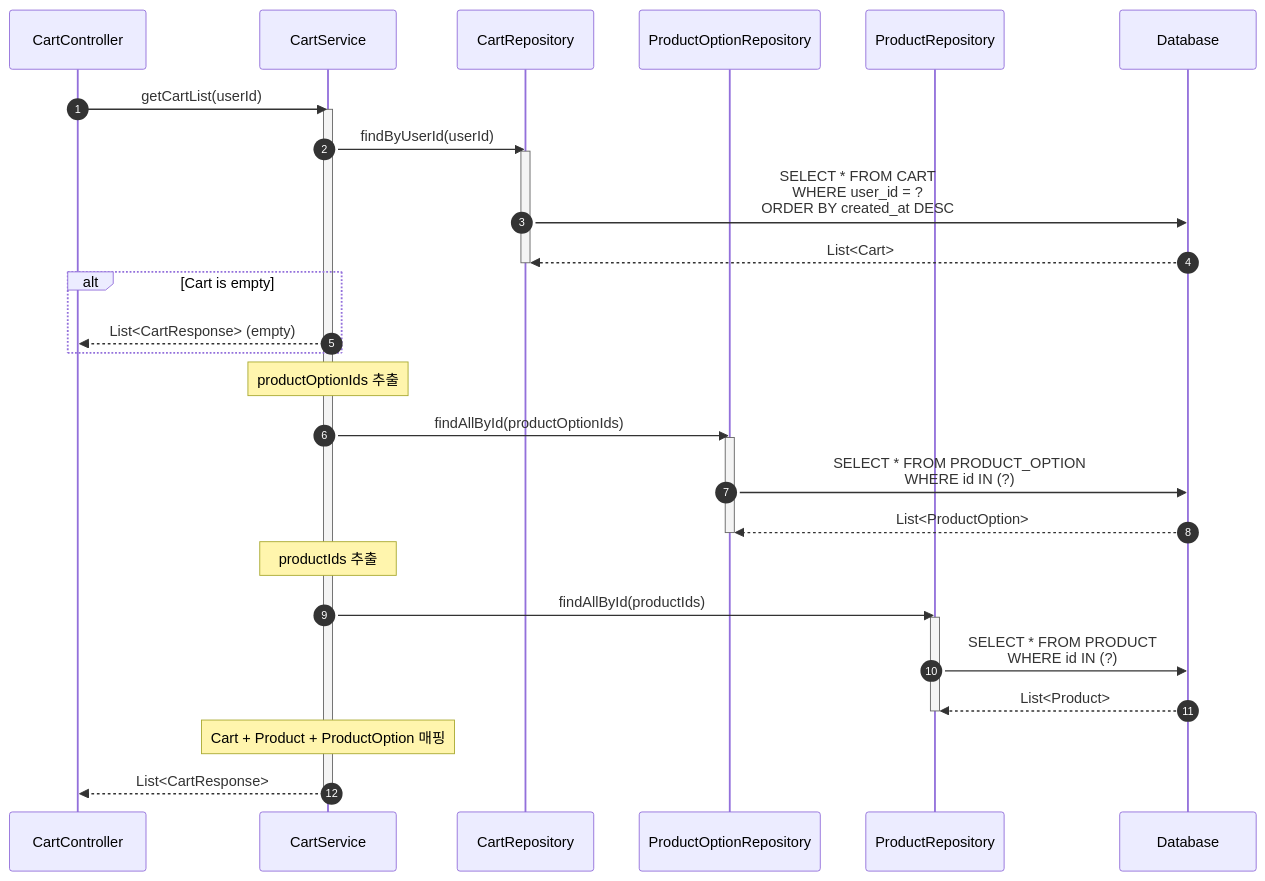
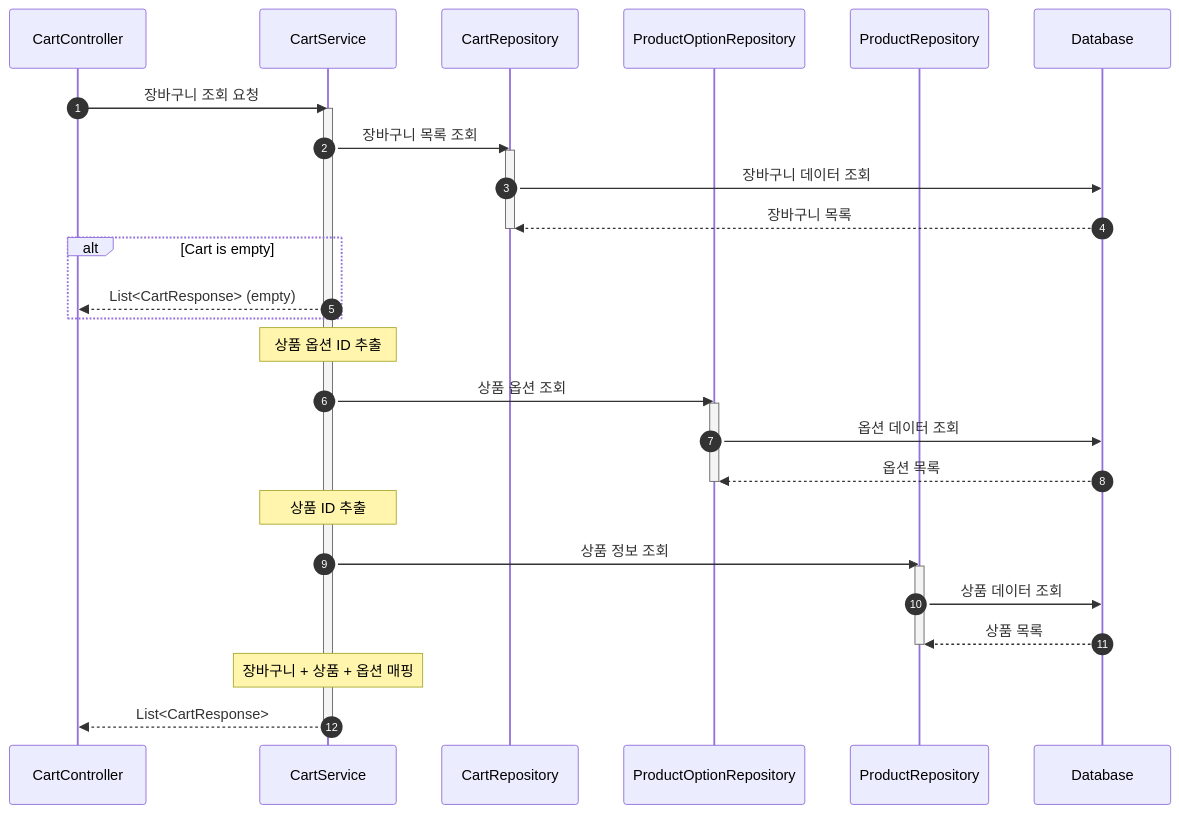
The fourth of 16 diagrams in docs/api/api-specification.md (hye-ung97/hh-e-commerce), drawn with Mermaid before and after one commit. The commit also changed other lines of this file, not shown here.

Commit message:
fix: 시퀀스 다이어그램에서 함수 이름 -> 설명으로 변경

````diff
--- a/docs/api/api-specification.md
+++ b/docs/api/api-specification.md
@@ -208,44 +208,44 @@
 ```mermaid
 sequenceDiagram
     autonumber
     participant C as CartController
     participant S as CartService
     participant CR as CartRepository
     participant POR as ProductOptionRepository
     participant PR as ProductRepository
     participant DB as Database
 
-    C->>S: getCartList(userId)
+    C->>S: 장바구니 조회 요청
     activate S
 
-    S->>CR: findByUserId(userId)
+    S->>CR: 장바구니 목록 조회
     activate CR
-    CR->>DB: SELECT * FROM CART<br/>WHERE user_id = ?<br/>ORDER BY created_at DESC
-    DB-->>CR: List<Cart>
+    CR->>DB: 장바구니 데이터 조회
+    DB-->>CR: 장바구니 목록
     deactivate CR
 
     alt Cart is empty
         S-->>C: List<CartResponse> (empty)
     end
 
-    Note over S: productOptionIds 추출
+    Note over S: 상품 옵션 ID 추출
 
-    S->>POR: findAllById(productOptionIds)
+    S->>POR: 상품 옵션 조회
     activate POR
-    POR->>DB: SELECT * FROM PRODUCT_OPTION<br/>WHERE id IN (?)
-    DB-->>POR: List<ProductOption>
+    POR->>DB: 옵션 데이터 조회
+    DB-->>POR: 옵션 목록
     deactivate POR
 
-    Note over S: productIds 추출
+    Note over S: 상품 ID 추출
 
-    S->>PR: findAllById(productIds)
+    S->>PR: 상품 정보 조회
     activate PR
-    PR->>DB: SELECT * FROM PRODUCT<br/>WHERE id IN (?)
-    DB-->>PR: List<Product>
+    PR->>DB: 상품 데이터 조회
+    DB-->>PR: 상품 목록
     deactivate PR
 
-    Note over S: Cart + Product + ProductOption 매핑
+    Note over S: 장바구니 + 상품 + 옵션 매핑
 
     S-->>C: List<CartResponse>
     deactivate S
 ```
````
